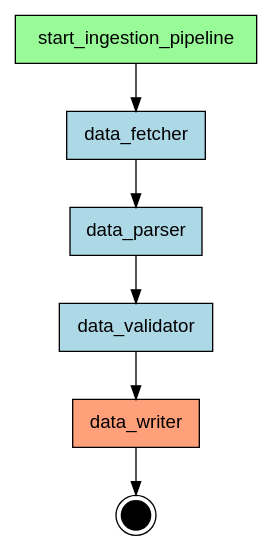
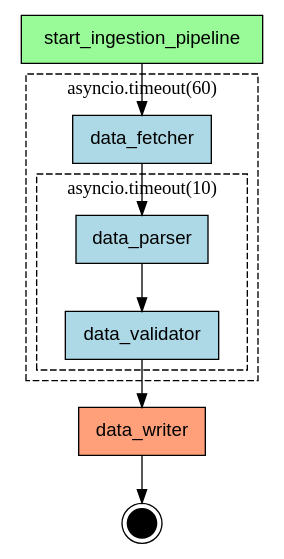
The diagram in examples/flows/compiled/with_nested_timeout_scopes/flow.dot (deliveryhero/asya), drawn with Graphviz before and after one commit. The commit also changed 11 other files, not shown here.

```diff
--- a/examples/flows/compiled/with_nested_timeout_scopes/flow.dot
+++ b/examples/flows/compiled/with_nested_timeout_scopes/flow.dot
@@ -1,20 +1,31 @@
 digraph "ingestion_pipeline" {
     rankdir=TB;
     node [shape=box, style=filled, fontname="Helvetica"];
 
     { rank=source; start_ingestion_pipeline; }
 
     data_fetcher [label="data_fetcher", fillcolor=lightblue];
     data_parser [label="data_parser", fillcolor=lightblue];
     data_validator [label="data_validator", fillcolor=lightblue];
     data_writer [label="data_writer", fillcolor=lightsalmon];
     start_ingestion_pipeline [label="start_ingestion_pipeline", fillcolor=palegreen];
 
     __end__ [label="", shape=doublecircle, fillcolor=black, width=0.3, fixedsize=true];
 
     start_ingestion_pipeline -> data_fetcher;
     data_fetcher -> data_parser;
     data_parser -> data_validator;
     data_validator -> data_writer;
     data_writer -> __end__;
+    subgraph cluster_asyncio_timeout_60_ {
+        label="asyncio.timeout(60)";
+        style=dashed;
+        data_fetcher;
+        subgraph cluster_asyncio_timeout_10_ {
+            label="asyncio.timeout(10)";
+            style=dashed;
+            data_parser;
+            data_validator;
+        }
+    }
 }
```
